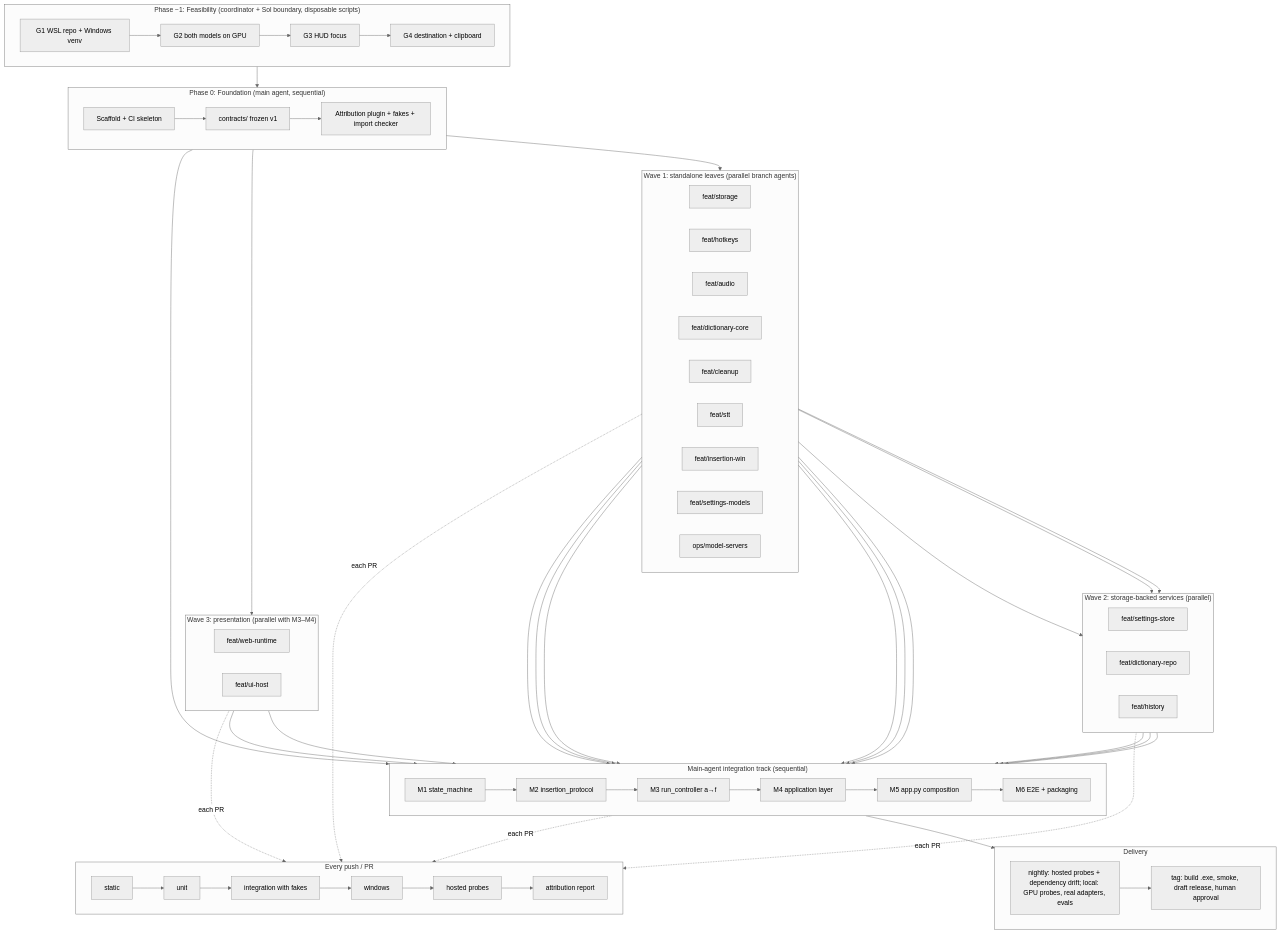
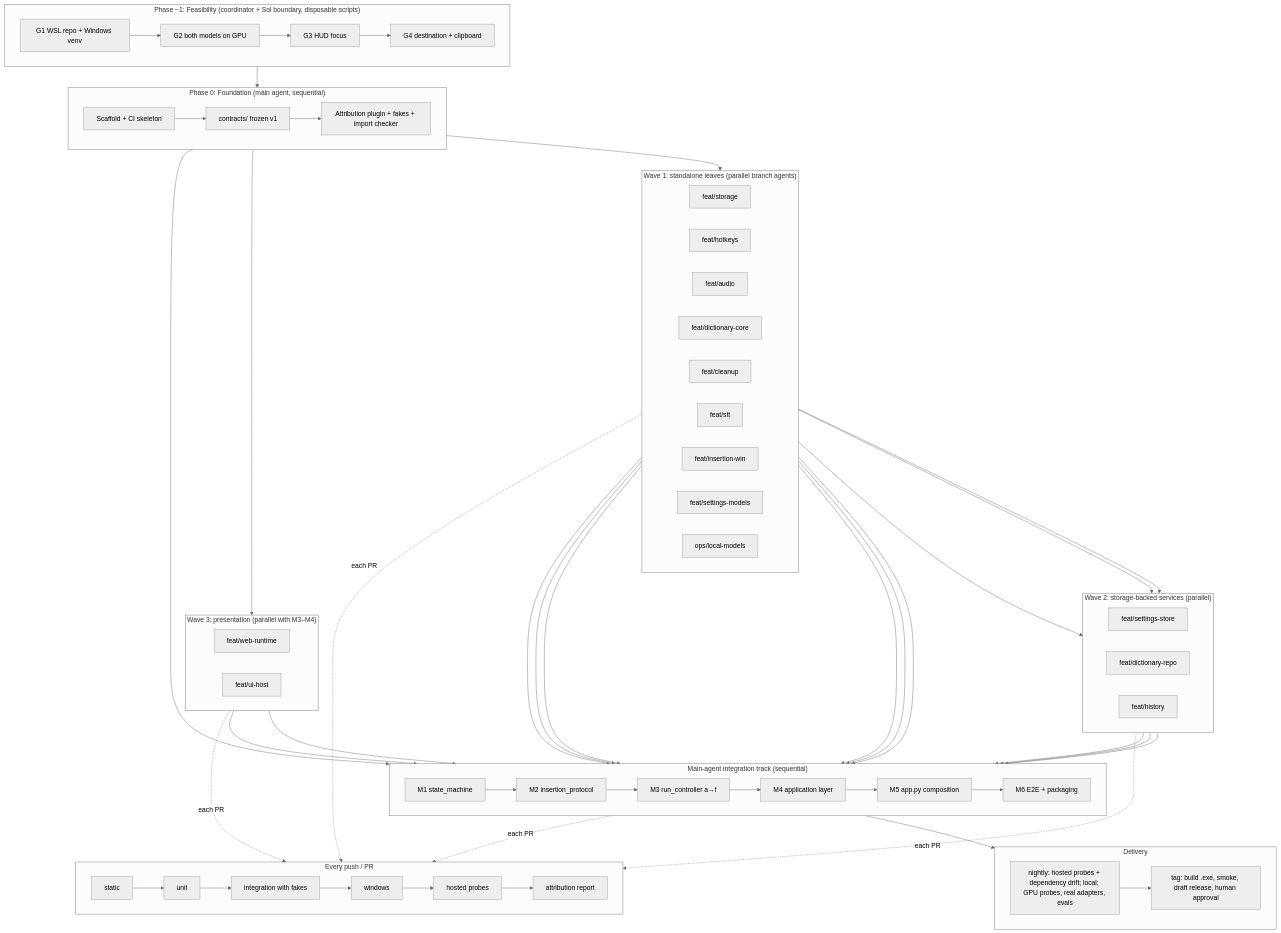
One commit to June74/wispr_clone changed the first of 5 diagrams in backend_dev/dev_pipeline.md. Above: the diagram before and after it, drawn with Mermaid (neutral theme). The commit also changed other lines of this file and 12 other files, not shown here.

````diff
--- a/backend_dev/dev_pipeline.md
+++ b/backend_dev/dev_pipeline.md
@@ -23,71 +23,71 @@
 ```mermaid
 flowchart TB
   subgraph F["Phase −1: Feasibility (coordinator + Sol boundary, disposable scripts)"]
     direction LR
     F1[G1 WSL repo + Windows venv] --> F2[G2 both models on GPU] --> F3[G3 HUD focus] --> F4[G4 destination + clipboard]
   end
 
   subgraph P0["Phase 0: Foundation (main agent, sequential)"]
     direction LR
     S0[Scaffold + CI skeleton] --> C0[contracts/ frozen v1] --> A0[Attribution plugin + fakes + import checker]
   end
 
   subgraph W1["Wave 1: standalone leaves (parallel branch agents)"]
     direction LR
     B1[feat/storage]
     B2[feat/hotkeys]
     B3[feat/audio]
     B4[feat/dictionary-core]
     B5[feat/cleanup]
     B6[feat/stt]
     B7[feat/insertion-win]
     B8[feat/settings-models]
-    B9[ops/model-servers]
+    B9[ops/local-models]
   end
 
   subgraph W2["Wave 2: storage-backed services (parallel)"]
     direction LR
     B10[feat/settings-store]
     B11[feat/dictionary-repo]
     B12[feat/history]
   end
 
   subgraph W3["Wave 3: presentation (parallel with M3–M4)"]
     direction LR
     B13[feat/web-runtime]
     B14[feat/ui-host]
   end
 
   subgraph M["Main-agent integration track (sequential)"]
     direction LR
     M1[M1 state_machine] --> M2[M2 insertion_protocol] --> M3[M3 run_controller a→f] --> M4[M4 application layer] --> M5[M5 app.py composition] --> M6[M6 E2E + packaging]
   end
 
   F --> P0
   P0 --> W1
   P0 --> M1
   B1 --> W2
   B8 --> B10
   B4 --> B11
   B12 --> M2
   B7 --> M2
   B2 & B3 & B5 & B6 & B11 --> M3
   B10 --> M4
   C0 --> W3
   B13 & B14 --> M5
   B9 --> M6
 
   subgraph CI["Every push / PR"]
     direction LR
     st[static] --> un[unit] --> it[integration with fakes] --> win[windows] --> pr[hosted probes] --> rep[attribution report]
   end
   subgraph CD["Delivery"]
     direction LR
     ng[nightly: hosted probes + dependency drift; local: GPU probes, real adapters, evals] --> rl[tag: build .exe, smoke, draft release, human approval]
   end
   W1 -. each PR .-> CI
   W2 -. each PR .-> CI
   W3 -. each PR .-> CI
   M -. each PR .-> CI
   M6 --> CD
 ```
````
